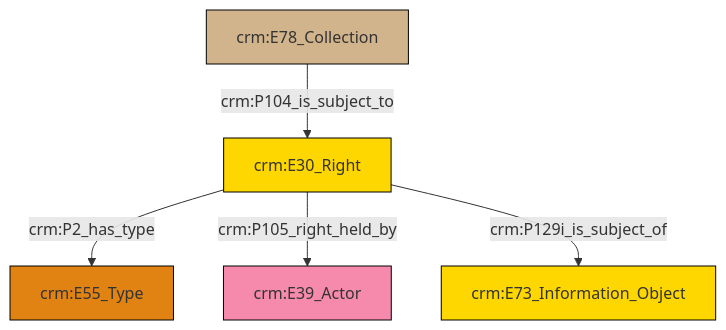
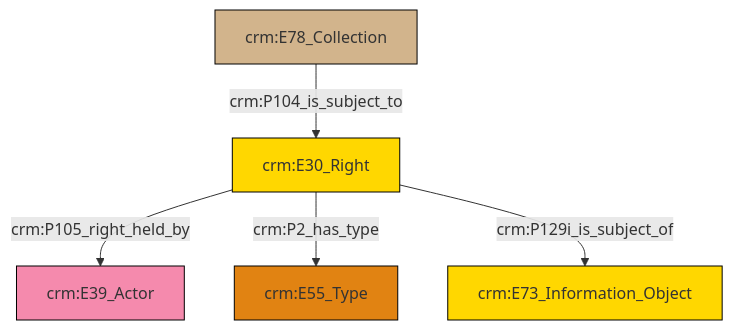
The diagram in et/archivalCSV/ttl/mmd/archival_rights.ttl.mmd (swiss-art-research-net/docs.swissartresearch), drawn with Mermaid before and after one commit. The commit also changed 208 other files, not shown here.

```diff
--- a/et/archivalCSV/ttl/mmd/archival_rights.ttl.mmd
+++ b/et/archivalCSV/ttl/mmd/archival_rights.ttl.mmd
@@ -1,19 +1,19 @@
 graph TD
 classDef Literal fill:#f2f2f2,stroke:#000000;
 classDef CRM_Entity fill:#FFFFFF,stroke:#000000;
 classDef Temporal_Entity fill:#00C9E6, stroke:#000000;
 classDef Type fill:#E18312, stroke:#000000;
 classDef Time-Span fill:#2C9C91, stroke:#000000;
 classDef Appellation fill:#FFEB7F, stroke:#000000;
 classDef Place fill:#008836, stroke:#000000;
 classDef Persistent_Item fill:#B266B2, stroke:#000000;
 classDef Conceptual_Object fill:#FFD700, stroke:#000000;
 classDef Physical_Thing fill:#D2B48C, stroke:#000000;
 classDef Actor fill:#f58aad, stroke:#000000;
 classDef PC_Classes fill:#4ce600, stroke:#000000;
 classDef Multi fill:#cccccc,stroke:#000000;
 
-0["crm:E30_Right"]:::Conceptual_Object -->|crm:P2_has_type| 2["crm:E55_Type"]:::Type
-3["crm:E78_Collection"]:::Physical_Thing -->|crm:P104_is_subject_to| 0["crm:E30_Right"]:::Conceptual_Object
-0["crm:E30_Right"]:::Conceptual_Object -->|crm:P105_right_held_by| 5["crm:E39_Actor"]:::Actor
-0["crm:E30_Right"]:::Conceptual_Object -->|crm:P129i_is_subject_of| 7["crm:E73_Information_Object"]:::Conceptual_Object
+4["crm:E30_Right"]:::Conceptual_Object -->|crm:P105_right_held_by| 5["crm:E39_Actor"]:::Actor
+4["crm:E30_Right"]:::Conceptual_Object -->|crm:P2_has_type| 6["crm:E55_Type"]:::Type
+0["crm:E78_Collection"]:::Physical_Thing -->|crm:P104_is_subject_to| 4["crm:E30_Right"]:::Conceptual_Object
+4["crm:E30_Right"]:::Conceptual_Object -->|crm:P129i_is_subject_of| 2["crm:E73_Information_Object"]:::Conceptual_Object
```
